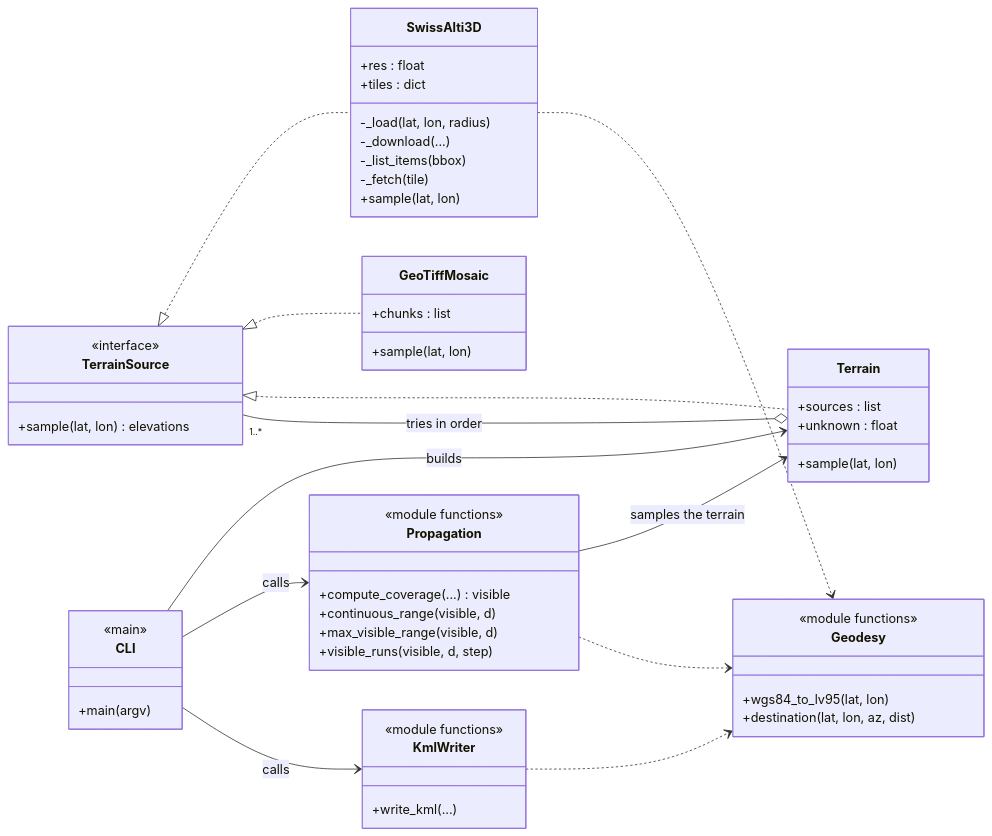
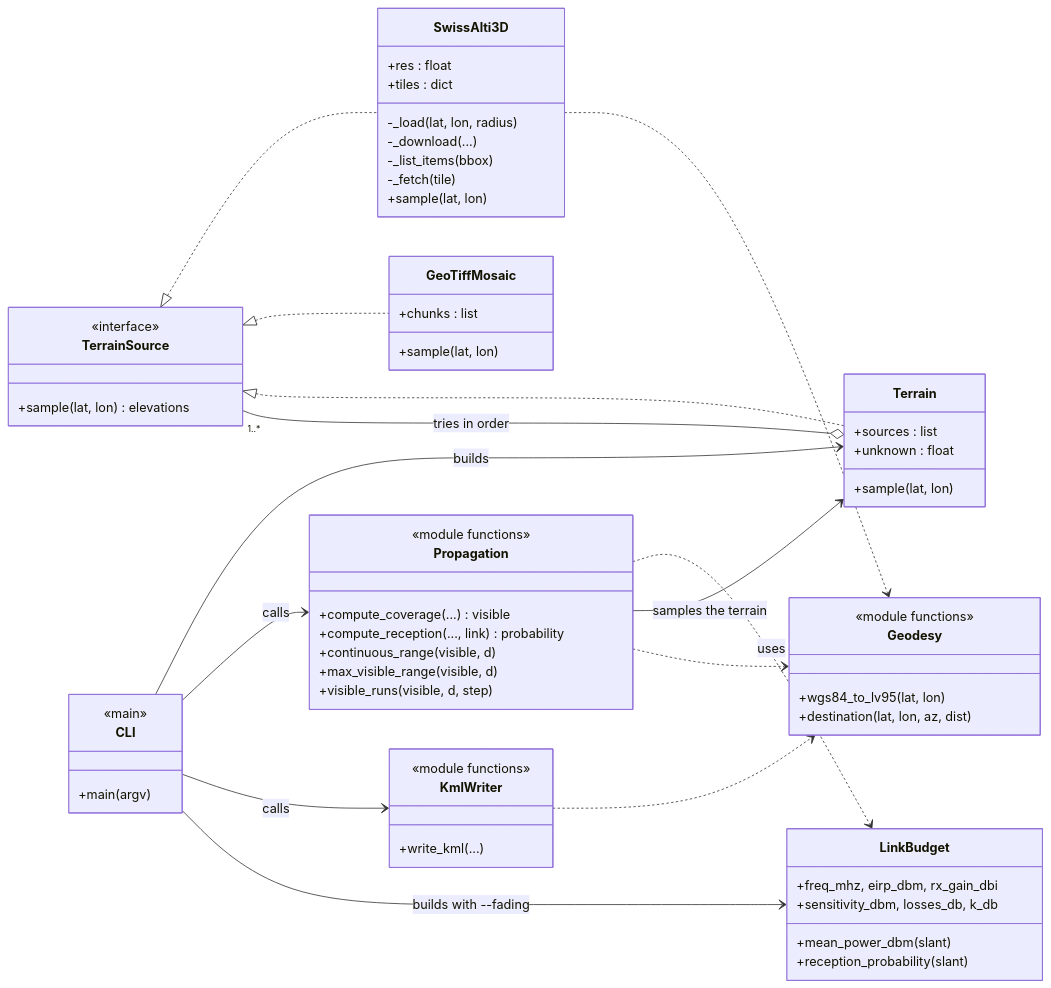
Before and after one commit to raphaelcere/clarke-model-generator: the first of 2 diagrams in README.md, drawn with Mermaid. The commit also changed other lines of this file and 5 other files, not shown here.

First line of the commit message:
Add optional reception probability (Rayleigh / Rice) after Clarke 1968, with references

````diff
--- a/README.md
+++ b/README.md
@@ -90,57 +101,66 @@
 ```mermaid
 classDiagram
     direction LR
     class TerrainSource {
         <<interface>>
         +sample(lat, lon) elevations
     }
     class SwissAlti3D {
         +res : float
         +tiles : dict
         -_load(lat, lon, radius)
         -_download(...)
         -_list_items(bbox)
         -_fetch(tile)
         +sample(lat, lon)
     }
     class GeoTiffMosaic {
         +chunks : list
         +sample(lat, lon)
     }
     class Terrain {
         +sources : list
         +unknown : float
         +sample(lat, lon)
     }
     class Propagation {
         <<module functions>>
         +compute_coverage(...) visible
+        +compute_reception(..., link) probability
         +continuous_range(visible, d)
         +max_visible_range(visible, d)
         +visible_runs(visible, d, step)
+    }
+    class LinkBudget {
+        +freq_mhz, eirp_dbm, rx_gain_dbi
+        +sensitivity_dbm, losses_db, k_db
+        +mean_power_dbm(slant)
+        +reception_probability(slant)
     }
     class KmlWriter {
         <<module functions>>
         +write_kml(...)
     }
     class CLI {
         <<main>>
         +main(argv)
     }
     class Geodesy {
         <<module functions>>
         +wgs84_to_lv95(lat, lon)
         +destination(lat, lon, az, dist)
     }
     TerrainSource <|.. SwissAlti3D
     TerrainSource <|.. GeoTiffMosaic
     TerrainSource <|.. Terrain
     Terrain o-- "1..*" TerrainSource : tries in order
     CLI --> Terrain : builds
     CLI --> Propagation : calls
     CLI --> KmlWriter : calls
+    CLI --> LinkBudget : builds with --fading
+    Propagation ..> LinkBudget : uses
     Propagation --> Terrain : samples the terrain
     Propagation ..> Geodesy
     SwissAlti3D ..> Geodesy
     KmlWriter ..> Geodesy
 ```
````
